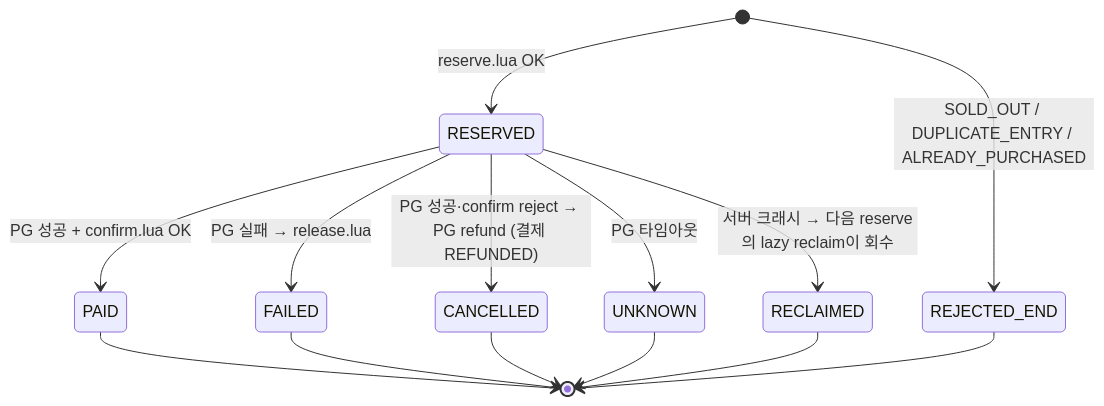
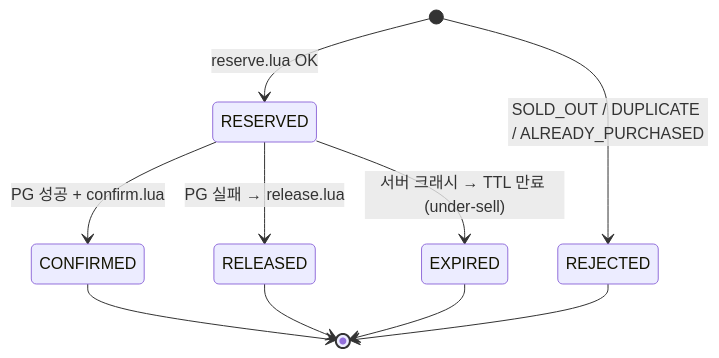
Before and after one commit to chaney1475/booking-service: the first of 2 diagrams in docs/stock-design.md, drawn with Mermaid. The commit also changed other lines of this file and 1 other file, not shown here.

````diff
--- a/docs/stock-design.md
+++ b/docs/stock-design.md
@@ -300,18 +109,14 @@
 ```mermaid
 stateDiagram-v2
     [*] --> RESERVED : reserve.lua OK
-    [*] --> REJECTED_END : SOLD_OUT / DUPLICATE_ENTRY / ALREADY_PURCHASED
+    [*] --> REJECTED : SOLD_OUT / DUPLICATE / ALREADY_PURCHASED
 
-    RESERVED --> PAID : PG 성공 + confirm.lua OK
-    RESERVED --> FAILED : PG 실패 → release.lua
-    RESERVED --> CANCELLED : PG 성공·confirm reject → PG refund (결제 REFUNDED)
-    RESERVED --> UNKNOWN : PG 타임아웃
-    RESERVED --> RECLAIMED : 서버 크래시 → 다음 reserve의 lazy reclaim이 회수
+    RESERVED --> CONFIRMED : PG 성공 + confirm.lua
+    RESERVED --> RELEASED : PG 실패 → release.lua
+    RESERVED --> EXPIRED : 서버 크래시 → TTL 만료 (under-sell)
 
-    PAID --> [*]
-    FAILED --> [*]
-    CANCELLED --> [*]
-    UNKNOWN --> [*]
-    RECLAIMED --> [*]
-    REJECTED_END --> [*]
+    CONFIRMED --> [*]
+    RELEASED --> [*]
+    EXPIRED --> [*]
+    REJECTED --> [*]
 ```
````
